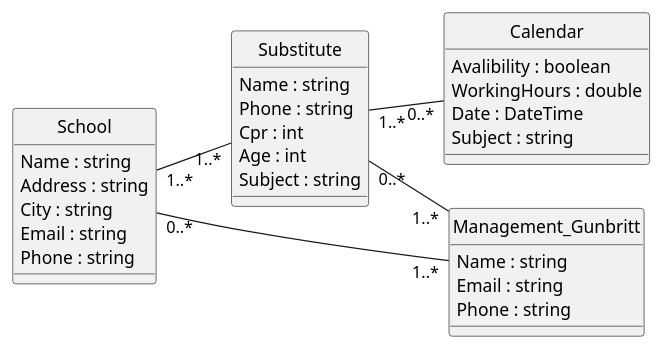
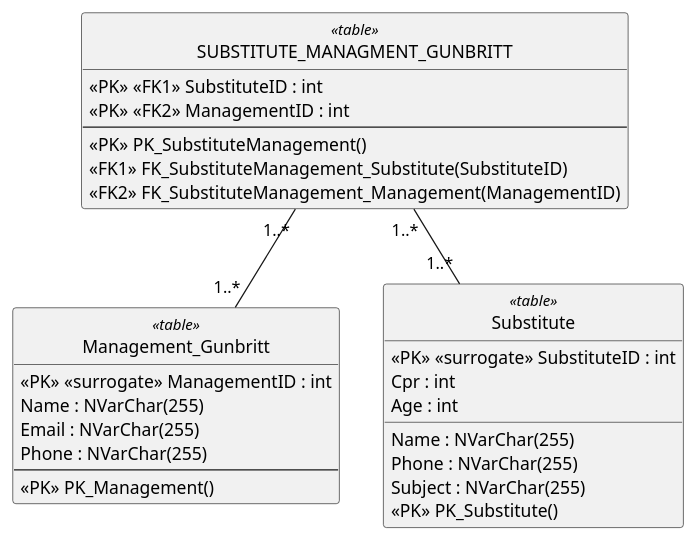
The diagram in LærerVikaren/LarerVikarDatabaseModel.plantuml (FilipMeldal/Team1A), drawn with PlantUML before and after one commit.

Commit message:
Databasemodel til lærervikaren udkommenteret calendar og school

```diff
--- a/LærerVikaren/LarerVikarDatabaseModel.plantuml
+++ b/LærerVikaren/LarerVikarDatabaseModel.plantuml
@@ -1,46 +1,64 @@
 @startuml
 hide circle
-left to right direction
+hide empty members
 
 
-Substitute "1..*" -- "0..*" Calendar
-School "1..*" -- "1..*" Substitute
-Substitute "0..*" -- "1..*" Management_Gunbritt
-School "0..*" -- "1..*" Management_Gunbritt
 
 
-Class Substitute 
+
+SUBSTITUTE_MANAGMENT_GUNBRITT "1..*" -- "1..*" Management_Gunbritt
+SUBSTITUTE_MANAGMENT_GUNBRITT "1..*" -- "1..*" Substitute
+
+
+Class Substitute <<table>>
 {
-    Name : string
-    Phone : string
+   <<PK>> <<surrogate>> SubstituteID : int
+    Name : NVarChar(255)
+    Phone : NVarChar(255)
+    Subject : NVarChar(255)
     Cpr : int
     Age : int
-    Subject : string
+    
+    <<PK>> PK_Substitute()
 }
 
-Class Calendar 
+' Class Calendar <<table>>
+' {
+
+'     Avalibility : Bit
+'     WorkingHours : Float
+'     Date : DateTime2
+'     Subject : NVarChar(255)
+    
+
+' }
+
+' Class School <<table>>
+' {
+'     Name : NVarChar(255)
+'     Address : NVarChar(255)
+'     City :  NVarChar(255)
+'     Email : NVarChar(255)
+'     Phone : NVarChar(255)
+' }
+
+Class Management_Gunbritt <<table>>
 {
-    Avalibility : boolean
-    WorkingHours : double
-    Date : DateTime
-    Subject : string
+    <<PK>> <<surrogate>> ManagementID : int
+    Name : NVarChar(255)
+    Email : NVarChar(255)
+    Phone : NVarChar(255)
+    --
+    <<PK>> PK_Management()
+}
+CLass SUBSTITUTE_MANAGMENT_GUNBRITT <<table>>
+{
+    <<PK>> <<FK1>> SubstituteID : int
+    <<PK>> <<FK2>> ManagementID : int
+    --
+    <<PK>> PK_SubstituteManagement()
+    <<FK1>> FK_SubstituteManagement_Substitute(SubstituteID)
+    <<FK2>> FK_SubstituteManagement_Management(ManagementID)
 }
 
-Class School
-{
-    Name : string
-    Address : string
-    City : string
-    Email : string
-    Phone : string
-}
-
-Class Management_Gunbritt
-{
-    Name : string
-    Email : string
-    Phone : string
-}
-
-
 @enduml
```
